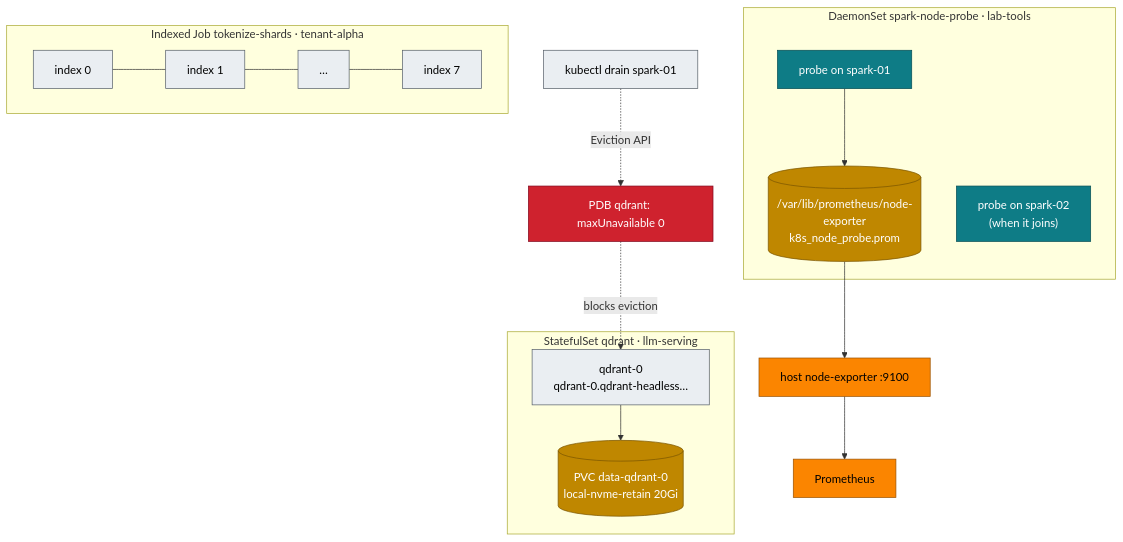
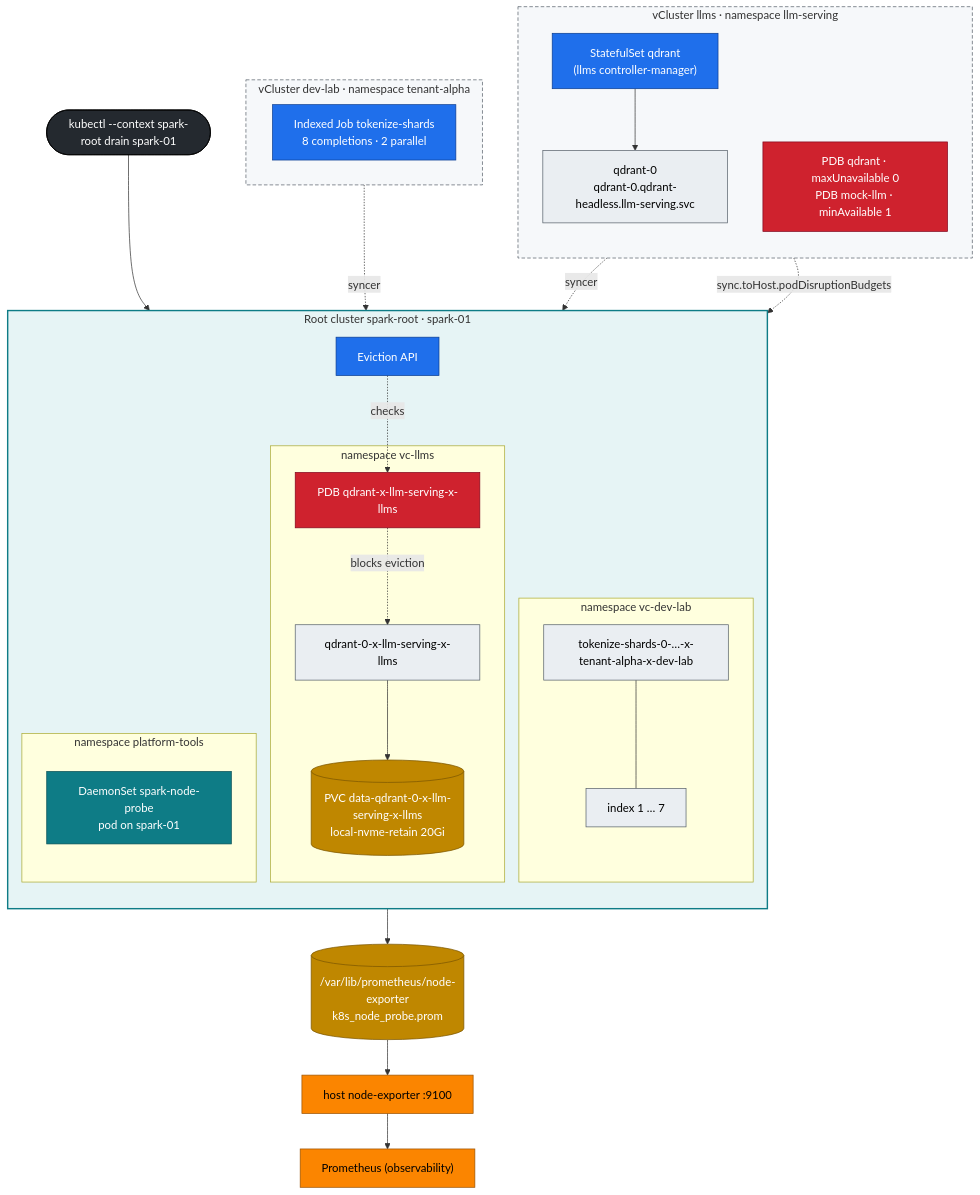
The diagram in 02 Kubernetes/10-advanced-workload-controllers.md (cloudone365/technical-depth), drawn with Mermaid before and after one commit. The commit also changed other lines of this file and 53 other files, not shown here.

````diff
--- a/02 Kubernetes/10-advanced-workload-controllers.md
+++ b/02 Kubernetes/10-advanced-workload-controllers.md
@@ -30,28 +44,51 @@
 ```mermaid
 flowchart TB
-  subgraph STS["StatefulSet qdrant · llm-serving"]
-    Q0["qdrant-0<br/>qdrant-0.qdrant-headless…"] --> PVC0[("PVC data-qdrant-0<br/>local-nvme-retain 20Gi")]
+  subgraph LLMS["vCluster llms · namespace llm-serving"]
+    direction TB
+    STS["StatefulSet qdrant<br/>(llms controller-manager)"] --> Q0V["qdrant-0<br/>qdrant-0.qdrant-headless.llm-serving.svc"]
+    PDBV["PDB qdrant · maxUnavailable 0<br/>PDB mock-llm · minAvailable 1"]
   end
-  subgraph DS["DaemonSet spark-node-probe · lab-tools"]
-    NP1["probe on spark-01"] --> TF[("/var/lib/prometheus/node-exporter<br/>k8s_node_probe.prom")]
-    NP2["probe on spark-02<br/>(when it joins)"]
+  subgraph DEV["vCluster dev-lab · namespace tenant-alpha"]
+    direction LR
+    JOB["Indexed Job tokenize-shards<br/>8 completions · 2 parallel"]
   end
-  subgraph JOB["Indexed Job tokenize-shards · tenant-alpha"]
-    direction LR
-    I0["index 0"] --- I1["index 1"] --- IX["…"] --- I7["index 7"]
+  subgraph ROOT["Root cluster spark-root · spark-01"]
+    direction TB
+    subgraph VCL["namespace vc-llms"]
+      Q0["qdrant-0-x-llm-serving-x-llms"] --> PVC0[("PVC data-qdrant-0-x-llm-serving-x-llms<br/>local-nvme-retain 20Gi")]
+      PDBR["PDB qdrant-x-llm-serving-x-llms"]
+    end
+    subgraph VCD["namespace vc-dev-lab"]
+      I0["tokenize-shards-0-…-x-tenant-alpha-x-dev-lab"] --- I1["index 1 … 7"]
+    end
+    subgraph PT["namespace platform-tools"]
+      NP1["DaemonSet spark-node-probe<br/>pod on spark-01"]
+    end
+    EVICT["Eviction API"]
   end
-  TF --> NE["host node-exporter :9100"] --> PROM["Prometheus"]
-  PDB["PDB qdrant: maxUnavailable 0"] -. "blocks eviction" .-> Q0
-  DRAIN["kubectl drain spark-01"] -. "Eviction API" .-> PDB
+  Q0V -. "syncer" .-> Q0
+  PDBV -. "sync.toHost.podDisruptionBudgets" .-> PDBR
+  JOB -. "syncer" .-> I0
+  NP1 --> TF[("/var/lib/prometheus/node-exporter<br/>k8s_node_probe.prom")]
+  TF --> NE["host node-exporter :9100"] --> PROM["Prometheus (observability)"]
+  DRAIN(["kubectl --context spark-root drain spark-01"]) --> EVICT
+  EVICT -. "checks" .-> PDBR
+  PDBR -. "blocks eviction" .-> Q0
+  classDef ctrl fill:#1f6feb,stroke:#0b3d91,color:#fff
   classDef store fill:#bf8700,stroke:#7a5600,color:#fff
   classDef obs fill:#fb8500,stroke:#9a5200,color:#000
   classDef sec fill:#cf222e,stroke:#82071e,color:#fff
   classDef tenant fill:#eaeef2,stroke:#57606a,color:#000
   classDef node fill:#0e7c86,stroke:#064e54,color:#fff
+  classDef ext fill:#24292f,stroke:#000,color:#fff
+  class STS,JOB,EVICT ctrl
   class PVC0,TF store
   class NE,PROM obs
-  class PDB sec
-  class Q0,I0,I1,IX,I7 tenant
-  class NP1,NP2 node
-  class DRAIN tenant
+  class PDBV,PDBR sec
+  class Q0V,Q0,I0,I1 tenant
+  class NP1 node
+  class DRAIN ext
+  style ROOT fill:#e6f4f5,stroke:#0e7c86,stroke-width:2px
+  style LLMS fill:#f6f8fa,stroke:#57606a,stroke-dasharray:5 3
+  style DEV fill:#f6f8fa,stroke:#57606a,stroke-dasharray:5 3
 ```
````
